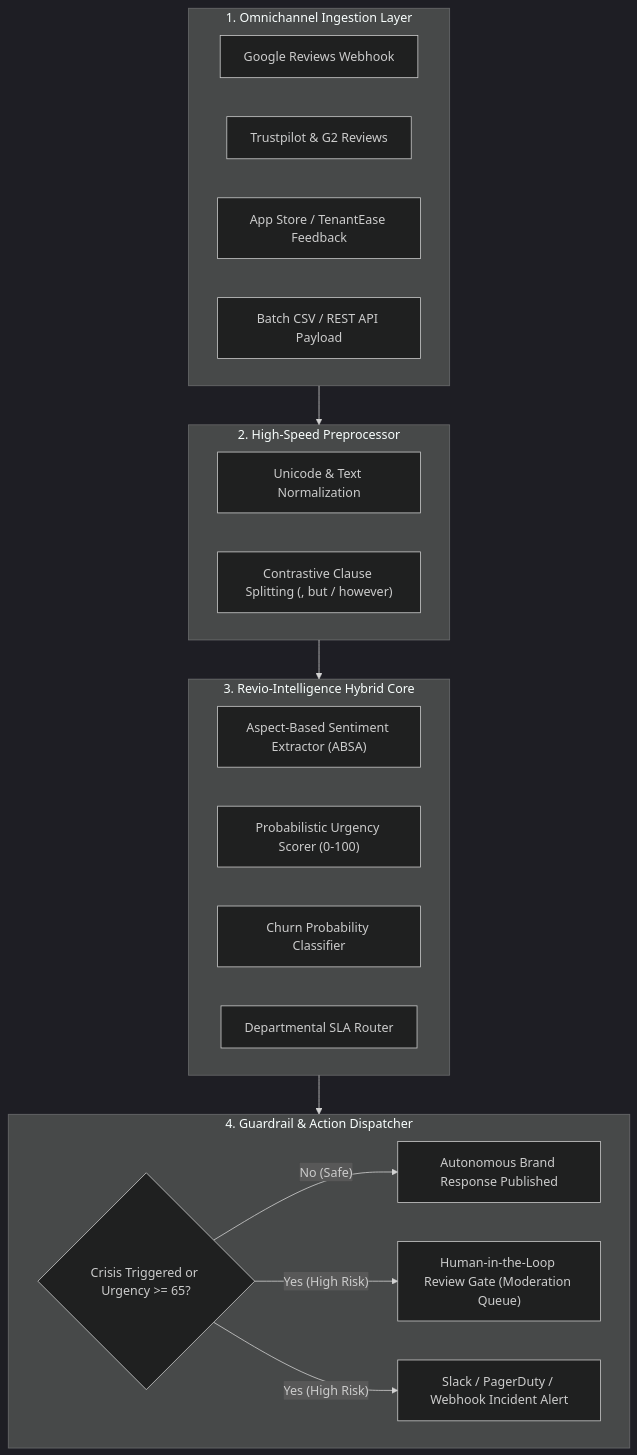
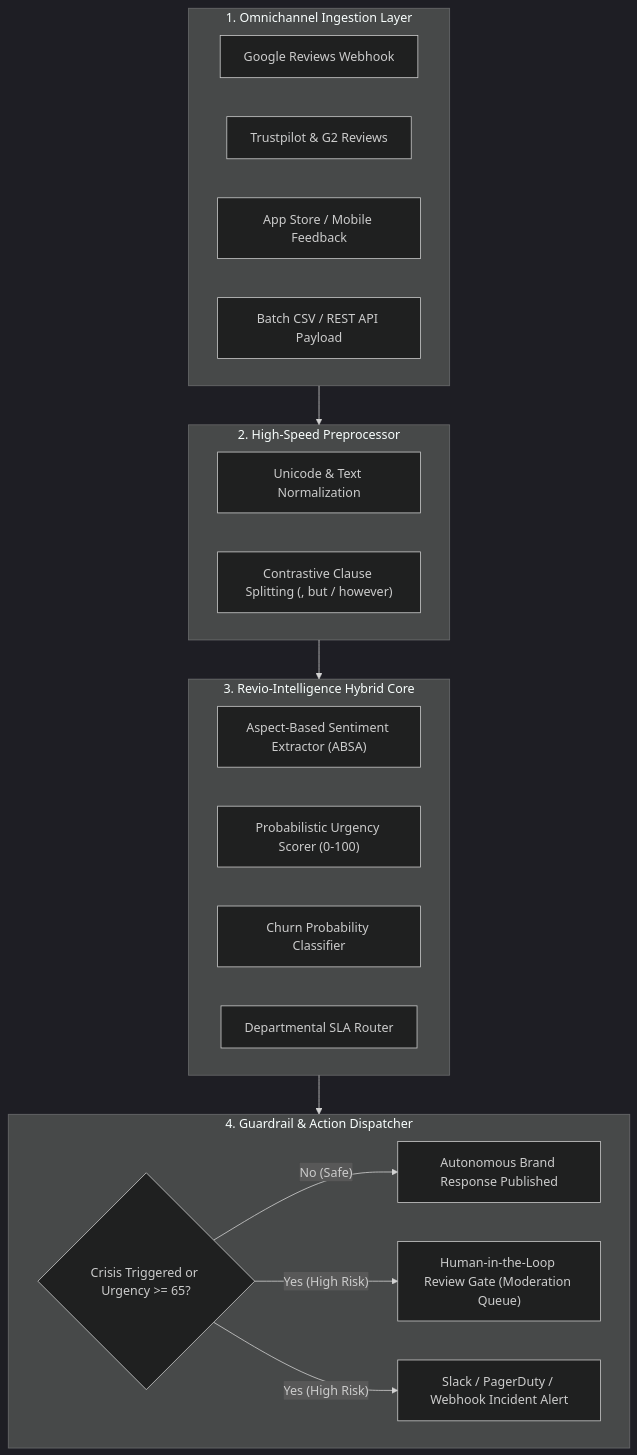
One commit to pritt18/cynbit-ai changed the diagram in README.md. Above: the diagram before and after it, drawn with Mermaid (dark theme). The commit also changed other lines of this file and 12 other files, not shown here.

````diff
--- a/README.md
+++ b/README.md
@@ -32,35 +30,35 @@
 ```mermaid
 flowchart TD
     subgraph INGESTION["1. Omnichannel Ingestion Layer"]
         A1["Google Reviews Webhook"]
         A2["Trustpilot & G2 Reviews"]
-        A3["App Store / TenantEase Feedback"]
+        A3["App Store / Mobile Feedback"]
         A4["Batch CSV / REST API Payload"]
     end
 
     subgraph PREPROCESS["2. High-Speed Preprocessor"]
         B1["Unicode & Text Normalization"]
         B2["Contrastive Clause Splitting (, but / however)"]
     end
 
     subgraph ENGINE["3. Revio-Intelligence Hybrid Core"]
         C1["Aspect-Based Sentiment Extractor (ABSA)"]
         C2["Probabilistic Urgency Scorer (0-100)"]
         C3["Churn Probability Classifier"]
         C4["Departmental SLA Router"]
     end
 
     subgraph ACTION["4. Guardrail & Action Dispatcher"]
         D1{"Crisis Triggered or Urgency >= 65?"}
         D2["Autonomous Brand Response Published"]
         D3["Human-in-the-Loop Review Gate (Moderation Queue)"]
         D4["Slack / PagerDuty / Webhook Incident Alert"]
     end
 
     INGESTION --> PREPROCESS
     PREPROCESS --> ENGINE
     ENGINE --> ACTION
     D1 -- "No (Safe)" --> D2
     D1 -- "Yes (High Risk)" --> D3
     D1 -- "Yes (High Risk)" --> D4
 ```
````
